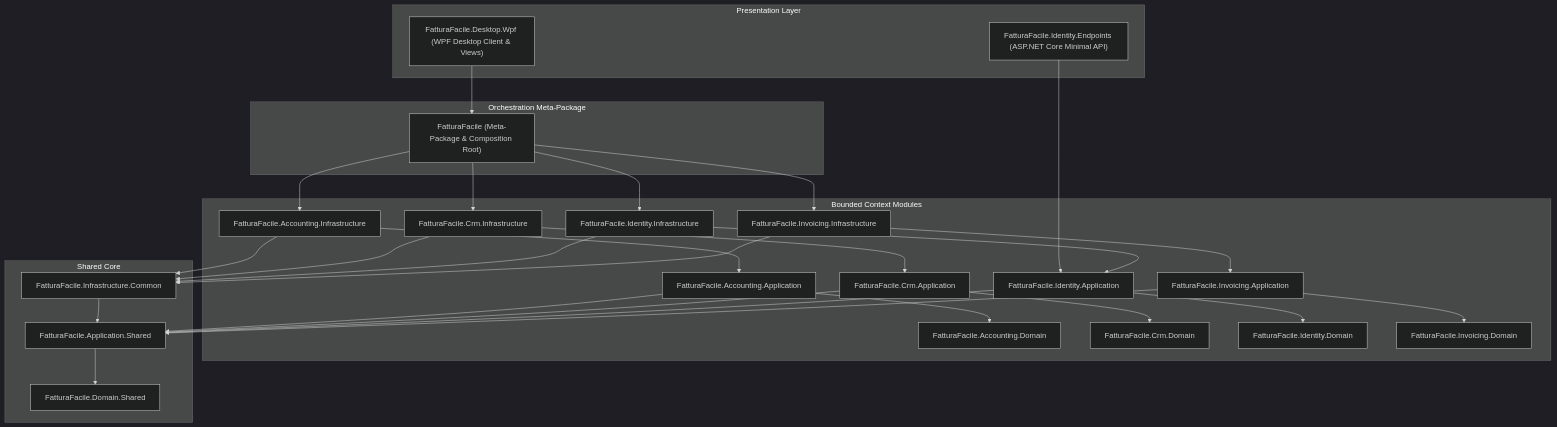
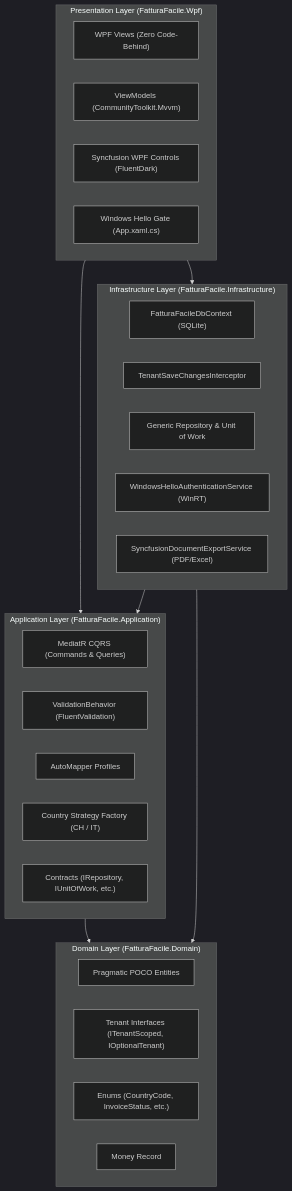
One commit to FatturaFacile/desktop changed the first of 2 diagrams in README.md. Above: the diagram before and after it, drawn with Mermaid (dark theme). The commit also changed other lines of this file and 384 other files, not shown here.

````diff
--- a/README.md
+++ b/README.md
@@ -20,66 +22,38 @@
 ```mermaid
 graph TD
-    subgraph Presentation Layer
-        WPF["FatturaFacile.Desktop.Wpf (WPF Desktop Client & Views)"]
-        API["FatturaFacile.Identity.Endpoints (ASP.NET Core Minimal API)"]
+    subgraph Presentation ["Presentation Layer (FatturaFacile.Wpf)"]
+        WPF["WPF Views (Zero Code-Behind)"]
+        VM["ViewModels (CommunityToolkit.Mvvm)"]
+        SF["Syncfusion WPF Controls (FluentDark)"]
+        AUTH_UI["Windows Hello Gate (App.xaml.cs)"]
     end
 
-    subgraph Orchestration Meta-Package
-        FF["FatturaFacile (Meta-Package & Composition Root)"]
+    subgraph Infrastructure ["Infrastructure Layer (FatturaFacile.Infrastructure)"]
+        DBC["FatturaFacileDbContext (SQLite)"]
+        INTER["TenantSaveChangesInterceptor"]
+        REPOS["Generic Repository & Unit of Work"]
+        WH_SVC["WindowsHelloAuthenticationService (WinRT)"]
+        EXP_SVC["SyncfusionDocumentExportService (PDF/Excel)"]
     end
 
-    subgraph Bounded Context Modules
-        ACC_APP["FatturaFacile.Accounting.Application"]
-        ACC_DOM["FatturaFacile.Accounting.Domain"]
-        ACC_INF["FatturaFacile.Accounting.Infrastructure"]
-
-        CRM_APP["FatturaFacile.Crm.Application"]
-        CRM_DOM["FatturaFacile.Crm.Domain"]
-        CRM_INF["FatturaFacile.Crm.Infrastructure"]
-
-        ID_APP["FatturaFacile.Identity.Application"]
-        ID_DOM["FatturaFacile.Identity.Domain"]
-        ID_INF["FatturaFacile.Identity.Infrastructure"]
-
-        INV_APP["FatturaFacile.Invoicing.Application"]
-        INV_DOM["FatturaFacile.Invoicing.Domain"]
-        INV_INF["FatturaFacile.Invoicing.Infrastructure"]
+    subgraph Application ["Application Layer (FatturaFacile.Application)"]
+        MED["MediatR CQRS (Commands & Queries)"]
+        VAL["ValidationBehavior (FluentValidation)"]
+        MAP["AutoMapper Profiles"]
+        STRAT["Country Strategy Factory (CH / IT)"]
+        IFACES["Contracts (IRepository, IUnitOfWork, etc.)"]
     end
 
-    subgraph Shared Core
-        APP_SH["FatturaFacile.Application.Shared"]
-        DOM_SH["FatturaFacile.Domain.Shared"]
-        INF_SH["FatturaFacile.Infrastructure.Common"]
+    subgraph Domain ["Domain Layer (FatturaFacile.Domain)"]
+        POCO["Pragmatic POCO Entities"]
+        INTERF["Tenant Interfaces (ITenantScoped, IOptionalTenant)"]
+        ENUMS["Enums (CountryCode, InvoiceStatus, etc.)"]
+        MONEY["Money Record"]
     end
 
-    WPF --> FF
-    API --> ID_APP
-
-    FF --> ACC_INF
-    FF --> CRM_INF
-    FF --> ID_INF
-    FF --> INV_INF
-
-    ACC_APP --> ACC_DOM
-    ACC_APP --> APP_SH
-    ACC_INF --> ACC_APP
-    ACC_INF --> INF_SH
-
-    CRM_APP --> CRM_DOM
-    CRM_APP --> APP_SH
-    CRM_INF --> CRM_APP
-    CRM_INF --> INF_SH
-
-    ID_APP --> ID_DOM
-    ID_APP --> APP_SH
-    ID_INF --> ID_APP
-    ID_INF --> INF_SH
-
-    INV_APP --> INV_DOM
-    INV_APP --> APP_SH
-    INV_INF --> INV_APP
-    INV_INF --> INF_SH
-
-    APP_SH --> DOM_SH
-    INF_SH --> APP_SH
+    Presentation --> Application
+    Presentation --> Infrastructure
+    Infrastructure --> Application
+    Application --> Domain
+    Infrastructure --> Domain
 ```
````
